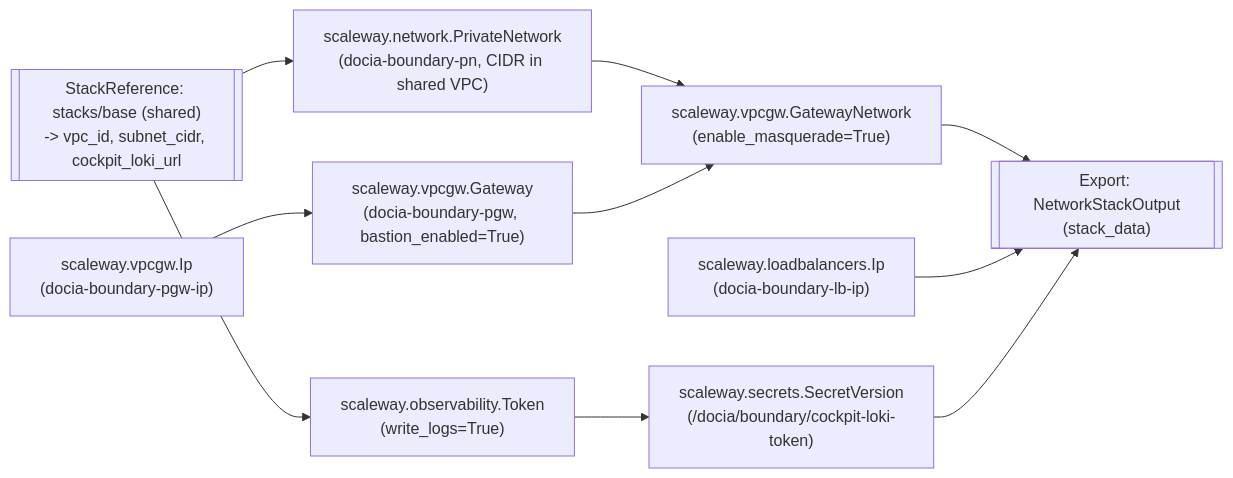
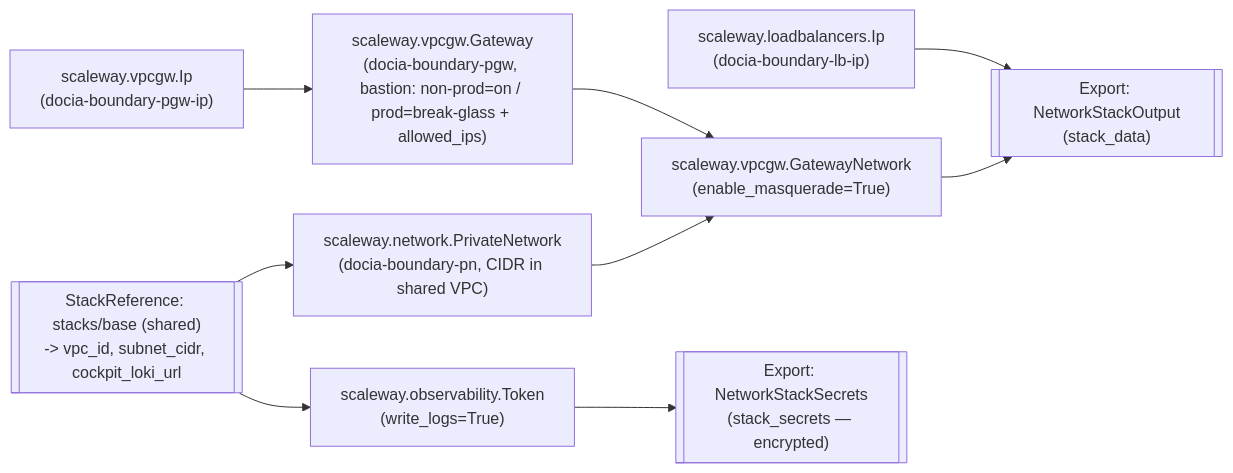
One commit to etalab-ia/document-ia-infra changed diagram 12 of 17 in docs/ARCHITECTURE.md. Above: the diagram before and after it, drawn with Mermaid. The commit also changed other lines of this file, not shown here.

First line of the commit message:
docs(architecture): harden VPC ACL, S3 policies, K8s secrets, Bastion, KEDA TLS and Traefik

````diff
--- a/docs/ARCHITECTURE.md
+++ b/docs/ARCHITECTURE.md
@@ -943,13 +983,13 @@
 ```mermaid
 flowchart LR
     REF_BASE[["StackReference: stacks/base (shared)<br/>-> vpc_id, subnet_cidr, cockpit_loki_url"]]
     REF_BASE --> PN["scaleway.network.PrivateNetwork<br/>(docia-boundary-pn, CIDR in shared VPC)"]
-    PGW_IP["scaleway.vpcgw.Ip<br/>(docia-boundary-pgw-ip)"] --> PGW["scaleway.vpcgw.Gateway<br/>(docia-boundary-pgw, bastion_enabled=True)"]
+    PGW_IP["scaleway.vpcgw.Ip<br/>(docia-boundary-pgw-ip)"] --> PGW["scaleway.vpcgw.Gateway<br/>(docia-boundary-pgw, bastion: non-prod=on / prod=break-glass + allowed_ips)"]
     PN & PGW --> GW_NET["scaleway.vpcgw.GatewayNetwork<br/>(enable_masquerade=True)"]
 
     LB_IP["scaleway.loadbalancers.Ip<br/>(docia-boundary-lb-ip)"]
     REF_BASE --> C_TOK["scaleway.observability.Token<br/>(write_logs=True)"]
-    C_TOK --> C_SEC["scaleway.secrets.SecretVersion<br/>(/docia/boundary/cockpit-loki-token)"]
 
-    GW_NET & LB_IP & C_SEC --> OUT[["Export: NetworkStackOutput<br/>(stack_data)"]]
+    GW_NET & LB_IP --> OUT[["Export: NetworkStackOutput<br/>(stack_data)"]]
+    C_TOK --> OUT_SEC[["Export: NetworkStackSecrets<br/>(stack_secrets — encrypted)"]]
 ```
````
